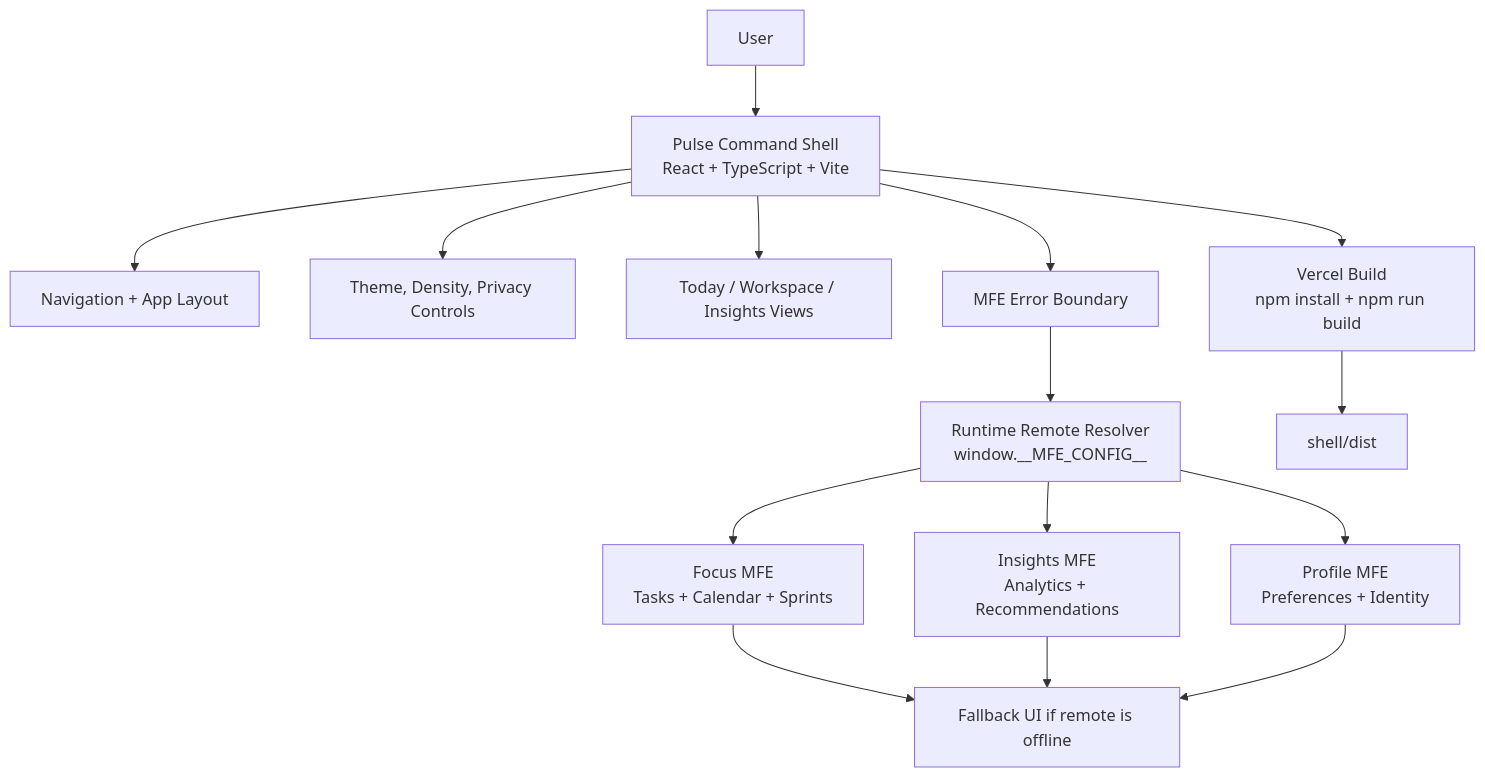
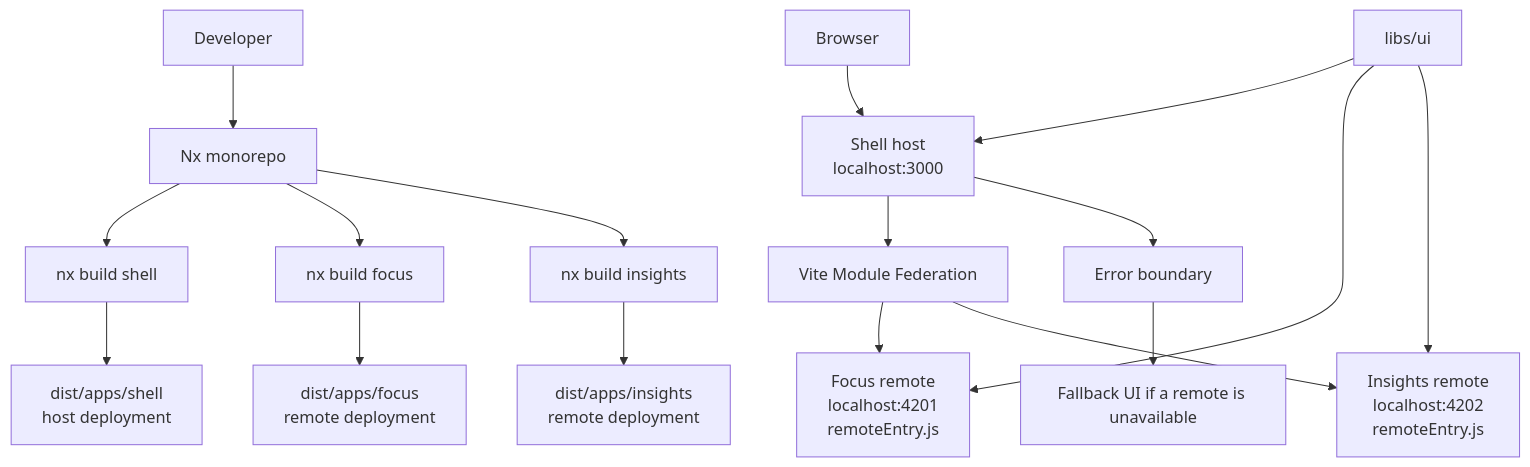
The diagram in README.md (pradeep-dharmavarapu/react-microfrontend-boilerplate), drawn with Mermaid before and after one commit. The commit also changed other lines of this file and 52 other files, not shown here.

````diff
--- a/README.md
+++ b/README.md
@@ -46,22 +25,24 @@
 ```mermaid
 flowchart TD
-  User["User"] --> Shell["Pulse Command Shell<br/>React + TypeScript + Vite"]
+  Dev["Developer"] --> Nx["Nx monorepo"]
 
-  Shell --> Navigation["Navigation + App Layout"]
-  Shell --> Personalization["Theme, Density, Privacy Controls"]
-  Shell --> Views["Today / Workspace / Insights Views"]
-  Shell --> Boundary["MFE Error Boundary"]
+  Nx --> ShellBuild["nx build shell"]
+  Nx --> FocusBuild["nx build focus"]
+  Nx --> InsightsBuild["nx build insights"]
 
-  Boundary --> Resolver["Runtime Remote Resolver<br/>window.__MFE_CONFIG__"]
+  ShellBuild --> ShellDist["dist/apps/shell<br/>host deployment"]
+  FocusBuild --> FocusDist["dist/apps/focus<br/>remote deployment"]
+  InsightsBuild --> InsightsDist["dist/apps/insights<br/>remote deployment"]
 
-  Resolver --> Focus["Focus MFE<br/>Tasks + Calendar + Sprints"]
-  Resolver --> Insights["Insights MFE<br/>Analytics + Recommendations"]
-  Resolver --> Profile["Profile MFE<br/>Preferences + Identity"]
+  Browser["Browser"] --> Shell["Shell host<br/>localhost:3000"]
+  Shell --> Federation["Vite Module Federation"]
+  Federation --> FocusRemote["Focus remote<br/>localhost:4201<br/>remoteEntry.js"]
+  Federation --> InsightsRemote["Insights remote<br/>localhost:4202<br/>remoteEntry.js"]
 
-  Focus --> Fallback["Fallback UI if remote is offline"]
-  Insights --> Fallback
-  Profile --> Fallback
+  Shell --> Boundary["Error boundary"]
+  Boundary --> Fallback["Fallback UI if a remote is unavailable"]
 
-  Shell --> Build["Vercel Build<br/>npm install + npm run build"]
-  Build --> Dist["shell/dist"]
+  Shared["libs/ui"] --> Shell
+  Shared --> FocusRemote
+  Shared --> InsightsRemote
 ```
````
